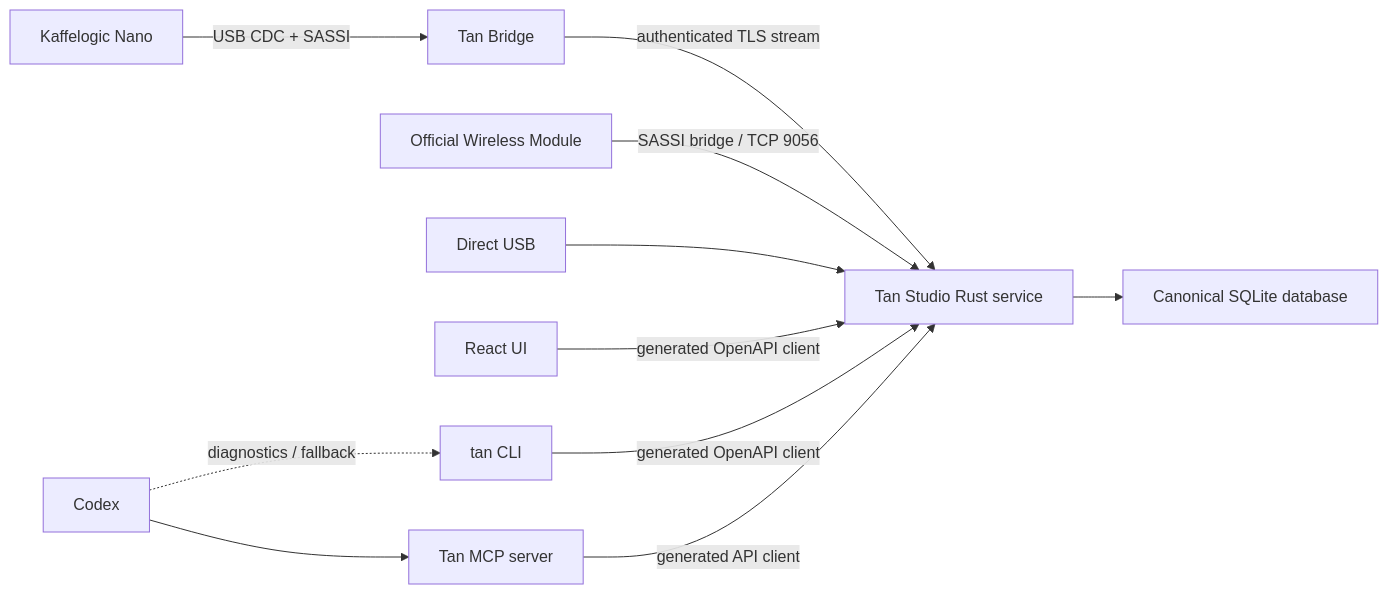
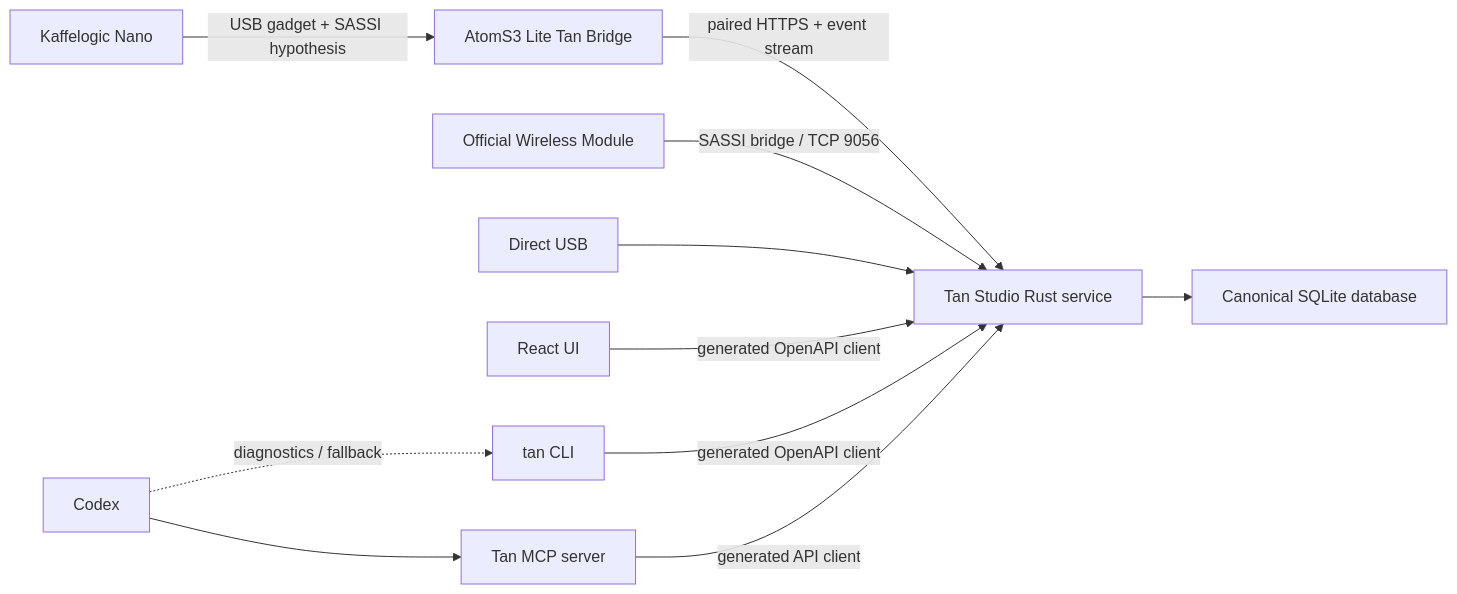
One commit to xavierroma/tan-studio changed the first of 2 diagrams in docs/06-wireless-bridge-and-agent-interface.md. Above: the diagram before and after it, drawn with Mermaid. The commit also changed other lines of this file, not shown here.

Commit message:
docs: select AtomS3 Lite bridge hardware

````diff
--- a/docs/06-wireless-bridge-and-agent-interface.md
+++ b/docs/06-wireless-bridge-and-agent-interface.md
@@ -112,13 +164,13 @@
 ```mermaid
 flowchart LR
-    N["Kaffelogic Nano"] -->|"USB CDC + SASSI"| B["Tan Bridge"]
-    B -->|"authenticated TLS stream"| S["Tan Studio Rust service"]
+    N["Kaffelogic Nano"] -->|"USB gadget + SASSI hypothesis"| B["AtomS3 Lite Tan Bridge"]
+    B -->|"paired HTTPS + event stream"| S["Tan Studio Rust service"]
     O["Official Wireless Module"] -->|"SASSI bridge / TCP 9056"| S
     D["Direct USB"] --> S
     S --> DB["Canonical SQLite database"]
     UI["React UI"] -->|"generated OpenAPI client"| S
     CLI["tan CLI"] -->|"generated OpenAPI client"| S
     MCP["Tan MCP server"] -->|"generated API client"| S
     C["Codex"] --> MCP
     C -. "diagnostics / fallback" .-> CLI
 ```
````
